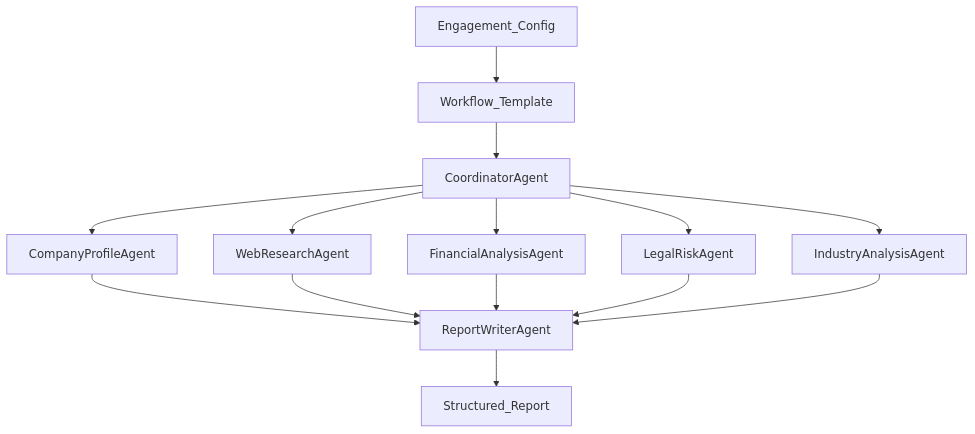
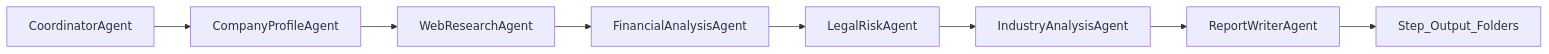
Before and after one commit to yuanjungod/DD_project: the diagram in docs/agent_flow.md, drawn with Mermaid. The commit also changed other lines of this file and 51 other files, not shown here.

````diff
--- a/docs/agent_flow.md
+++ b/docs/agent_flow.md
@@ -75,16 +79,10 @@
 ```mermaid
-flowchart TD
-  EngagementConfig[Engagement_Config] --> WorkflowTemplate[Workflow_Template]
-  WorkflowTemplate --> Coordinator[CoordinatorAgent]
-  Coordinator --> CompanyProfile[CompanyProfileAgent]
-  Coordinator --> WebResearch[WebResearchAgent]
-  Coordinator --> Financial[FinancialAnalysisAgent]
-  Coordinator --> Legal[LegalRiskAgent]
-  Coordinator --> Industry[IndustryAnalysisAgent]
-  CompanyProfile --> ReportWriter[ReportWriterAgent]
-  WebResearch --> ReportWriter
-  Financial --> ReportWriter
-  Legal --> ReportWriter
-  Industry --> ReportWriter
-  ReportWriter --> Report[Structured_Report]
+flowchart LR
+  Coordinator[CoordinatorAgent] --> CompanyProfile[CompanyProfileAgent]
+  CompanyProfile --> WebResearch[WebResearchAgent]
+  WebResearch --> Financial[FinancialAnalysisAgent]
+  Financial --> Legal[LegalRiskAgent]
+  Legal --> Industry[IndustryAnalysisAgent]
+  Industry --> ReportWriter[ReportWriterAgent]
+  ReportWriter --> Report[Step_Output_Folders]
 ```
````
